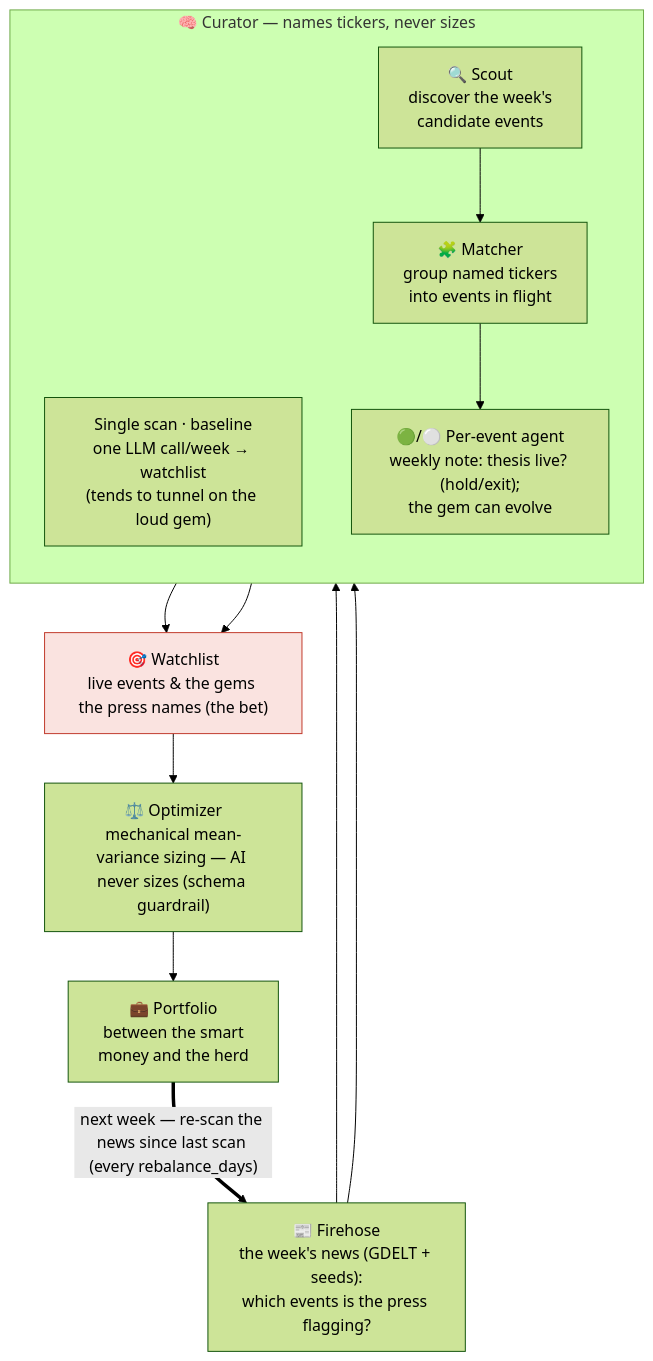
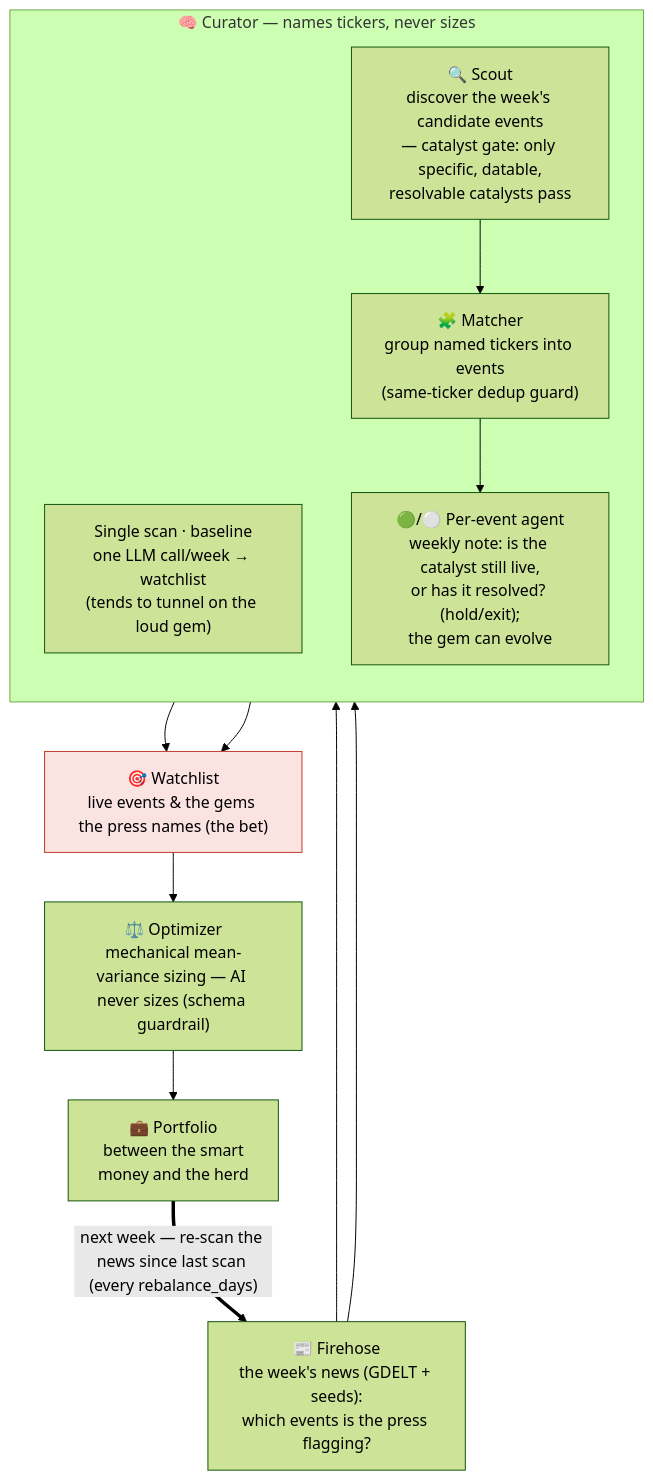
One commit to joehahn/geo-herd-rider changed the diagram in README.md. Above: the diagram before and after it, drawn with Mermaid (forest theme). The commit also changed other lines of this file, not shown here.

Commit message:
README: diagram catalyst gate + resolution-driven exit in How it works
Diagram now shows the scout catalyst gate (only specific/datable/resolvable
catalysts pass) and the same-ticker dedup guard, and the per-event agent box
asks the resolution question. Add a How-it-works sentence on the
resolution-driven (not crowd-driven) exit and the entry/exit pairing that
fixed SMR. Also fix stale 7-model -> 6-model bake-off caption.

````diff
--- a/README.md
+++ b/README.md
@@ -18,27 +18,27 @@
 ```mermaid
 flowchart TD
     S["📰 Firehose<br/>the week's news (GDELT + seeds):<br/>which events is the press flagging?"]
 
     subgraph CUR["🧠 Curator — names tickers, never sizes"]
       direction TB
       SS["Single scan · baseline<br/>one LLM call/week → watchlist<br/>(tends to tunnel on the loud gem)"]
-      SC["🔍 Scout<br/>discover the week's<br/>candidate events"]
-      MA["🧩 Matcher<br/>group named tickers<br/>into events in flight"]
-      AG["🟢/⚪ Per-event agent<br/>weekly note: thesis live? (hold/exit);<br/>the gem can evolve"]
+      SC["🔍 Scout<br/>discover the week's candidate events<br/>— catalyst gate: only specific, datable,<br/>resolvable catalysts pass"]
+      MA["🧩 Matcher<br/>group named tickers into events<br/>(same-ticker dedup guard)"]
+      AG["🟢/⚪ Per-event agent<br/>weekly note: is the catalyst still live,<br/>or has it resolved? (hold/exit);<br/>the gem can evolve"]
       SC --> MA --> AG
     end
 
     E["🎯 Watchlist<br/>live events & the gems the press names (the bet)"]
     W["⚖️ Optimizer<br/>mechanical mean-variance sizing — AI never sizes (schema guardrail)"]
     B["💼 Portfolio<br/>between the smart<br/>money and the herd"]
 
     S --> SS
     S --> SC
     SS --> E
     AG --> E
     E --> W --> B
     B == "next week — re-scan the news since last scan (every rebalance_days)" ==> S
 
     classDef bet fill:#fae3e0,stroke:#c0392b;
     class E bet
 ```
````
